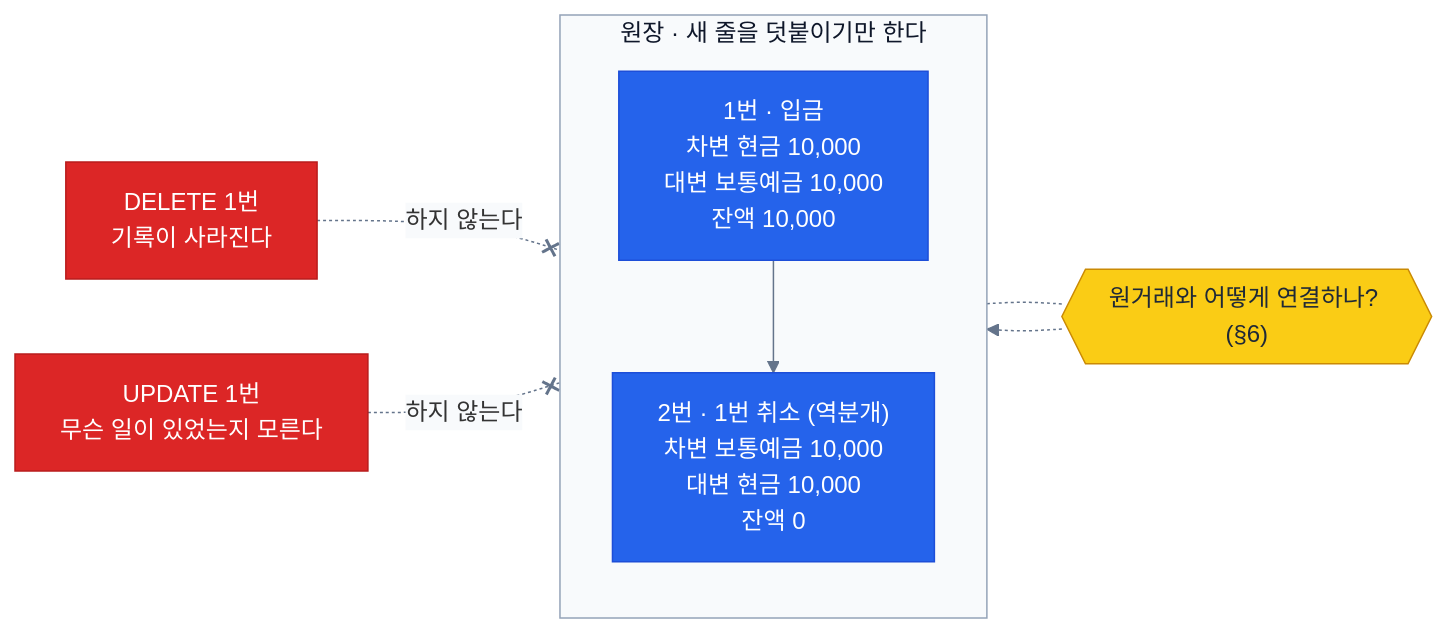
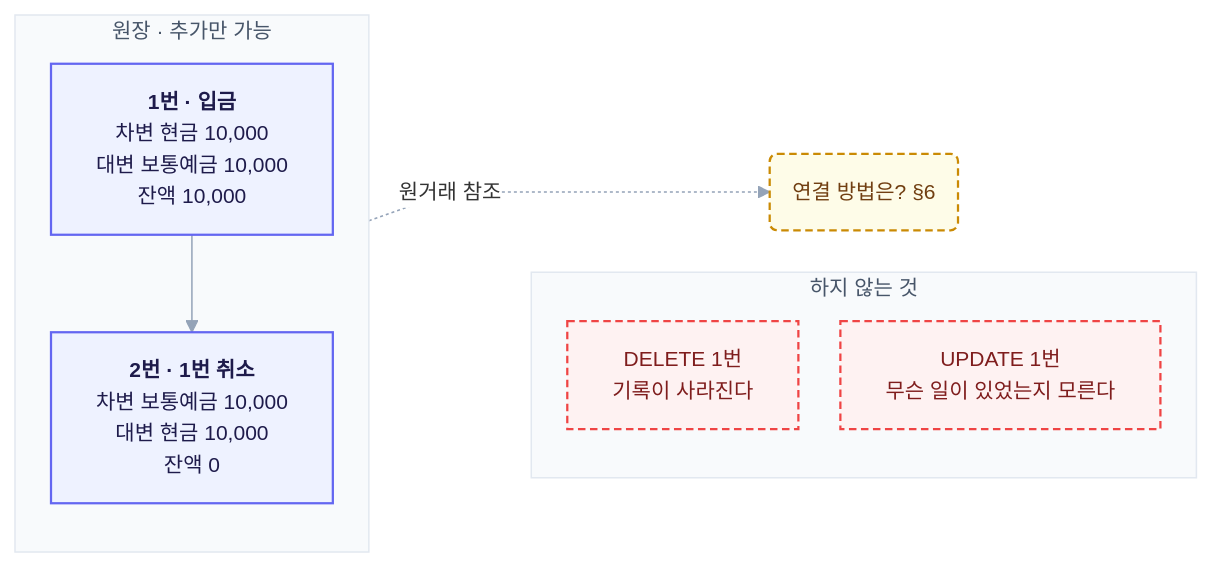
One commit to CCAFY/core-banking changed the fourth of 7 diagrams in docs/primer.md. Above: the diagram before and after it, drawn with Mermaid. The commit also changed other lines of this file, not shown here.

````diff
--- a/docs/primer.md
+++ b/docs/primer.md
@@ -118,22 +96,23 @@
 ```mermaid
-%%{init: {"theme": "base", "themeVariables": {"lineColor": "#64748B", "edgeLabelBackground": "#F8FAFC", "clusterBkg": "#F8FAFC", "clusterBorder": "#94A3B8", "titleColor": "#0F172A", "textColor": "#0F172A"}}}%%
+%%{init: {"theme": "base", "themeVariables": {"fontSize": "14px", "lineColor": "#94A3B8", "textColor": "#334155", "edgeLabelBackground": "#FFFFFF", "clusterBkg": "#F8FAFC", "clusterBorder": "#E2E8F0", "titleColor": "#475569"}, "flowchart": {"curve": "linear", "nodeSpacing": 28, "rankSpacing": 40}}}%%
 flowchart LR
-    classDef step   fill:#2563EB,stroke:#1D4ED8,color:#FFFFFF
-    classDef danger fill:#DC2626,stroke:#B91C1C,color:#FFFFFF
-    classDef decide fill:#FACC15,stroke:#CA8A04,color:#1F2937
+    classDef step   fill:#EEF2FF,stroke:#6366F1,stroke-width:1.5px,color:#1E1B4B
+    classDef danger fill:#FEF2F2,stroke:#EF4444,stroke-width:1.5px,stroke-dasharray:5 3,color:#7F1D1D
+    classDef open   fill:#FEFCE8,stroke:#CA8A04,stroke-width:1.5px,stroke-dasharray:5 3,color:#713F12
 
-    subgraph LEDGER ["원장 · 새 줄을 덧붙이기만 한다"]
+    subgraph LEDGER ["원장 · 추가만 가능"]
         direction TB
-        R1["1번 · 입금<br/>차변 현금 10,000<br/>대변 보통예금 10,000<br/>잔액 10,000"]:::step
-        R2["2번 · 1번 취소 (역분개)<br/>차변 보통예금 10,000<br/>대변 현금 10,000<br/>잔액 0"]:::step
+        R1["<b>1번 · 입금</b><br/>차변 현금 10,000<br/>대변 보통예금 10,000<br/>잔액 10,000"]:::step
+        R2["<b>2번 · 1번 취소</b><br/>차변 보통예금 10,000<br/>대변 현금 10,000<br/>잔액 0"]:::step
         R1 --> R2
     end
 
-    LINK{{"원거래와 어떻게 연결하나? (§6)"}}:::decide
-    R2 -.- LINK -.-> R1
+    subgraph NO ["하지 않는 것"]
+        direction TB
+        X1["DELETE 1번<br/>기록이 사라진다"]:::danger
+        X2["UPDATE 1번<br/>무슨 일이 있었는지 모른다"]:::danger
+    end
 
-    X1["DELETE 1번<br/>기록이 사라진다"]:::danger
-    X2["UPDATE 1번<br/>무슨 일이 있었는지 모른다"]:::danger
-    X1 -. "하지 않는다" .-x R1
-    X2 -. "하지 않는다" .-x R1
+    R2 -. "원거래 참조" .-> LINK("연결 방법은? §6"):::open
+    LEDGER ~~~ NO
 ```
````
